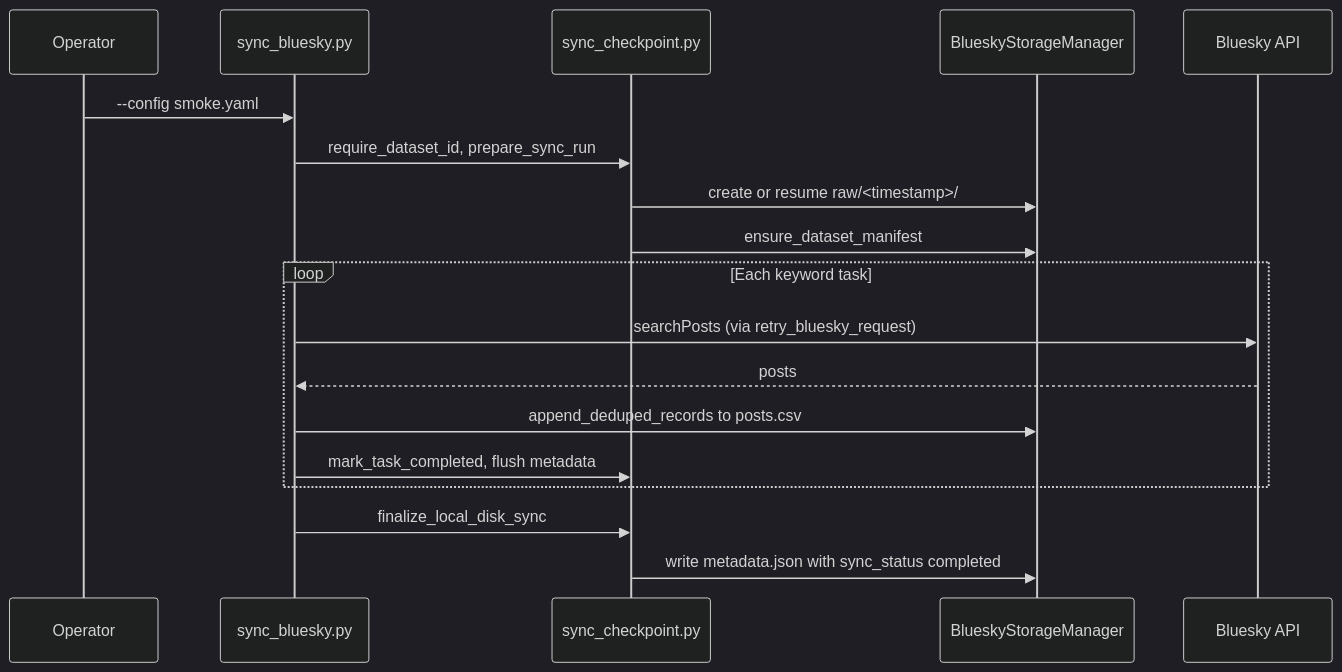
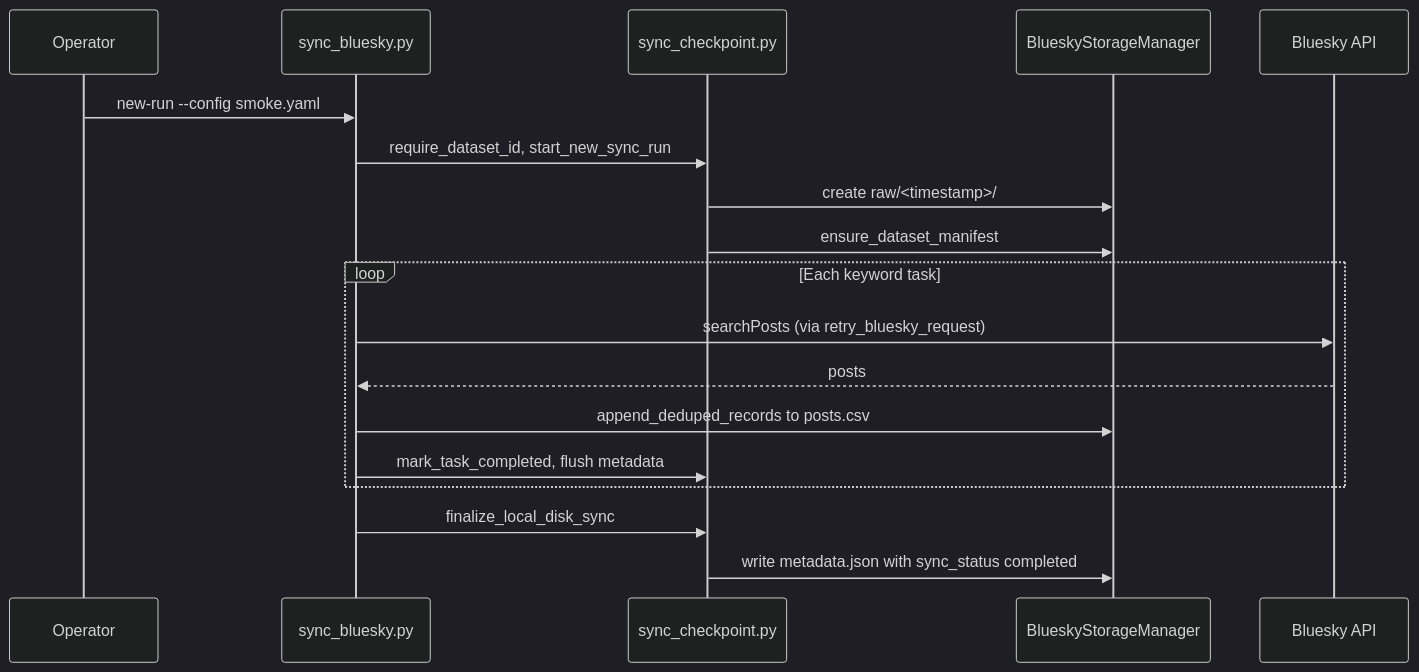
The second of 3 diagrams in docs/runbooks/DATA_INGESTION_PIPELINE_ARCHITECTURE.md (METResearchGroup/mirrorView-task), drawn with Mermaid (dark theme) before and after one commit. The commit also changed other lines of this file and 1 other file, not shown here.

Commit message:
docs: update Bluesky ingest commands for new-run and resume

````diff
--- a/docs/runbooks/DATA_INGESTION_PIPELINE_ARCHITECTURE.md
+++ b/docs/runbooks/DATA_INGESTION_PIPELINE_ARCHITECTURE.md
@@ -244,21 +244,21 @@
 ```mermaid
 sequenceDiagram
   participant Op as Operator
   participant CLI as sync_bluesky.py
   participant CP as sync_checkpoint.py
   participant SM as BlueskyStorageManager
   participant API as Bluesky API
 
-  Op->>CLI: --config smoke.yaml
-  CLI->>CP: require_dataset_id, prepare_sync_run
-  CP->>SM: create or resume raw/<timestamp>/
+  Op->>CLI: new-run --config smoke.yaml
+  CLI->>CP: require_dataset_id, start_new_sync_run
+  CP->>SM: create raw/<timestamp>/
   CP->>SM: ensure_dataset_manifest
   loop Each keyword task
     CLI->>API: searchPosts (via retry_bluesky_request)
     API-->>CLI: posts
     CLI->>SM: append_deduped_records to posts.csv
     CLI->>CP: mark_task_completed, flush metadata
   end
   CLI->>CP: finalize_local_disk_sync
   CP->>SM: write metadata.json with sync_status completed
 ```
````
